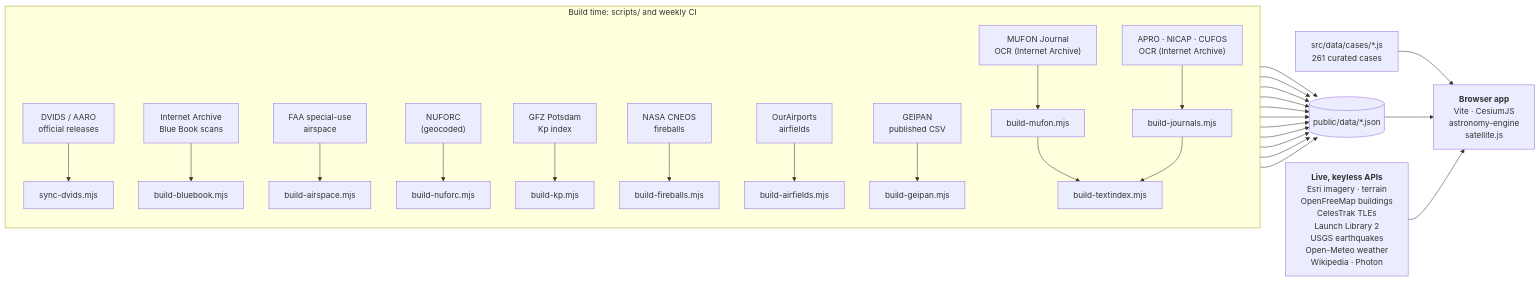
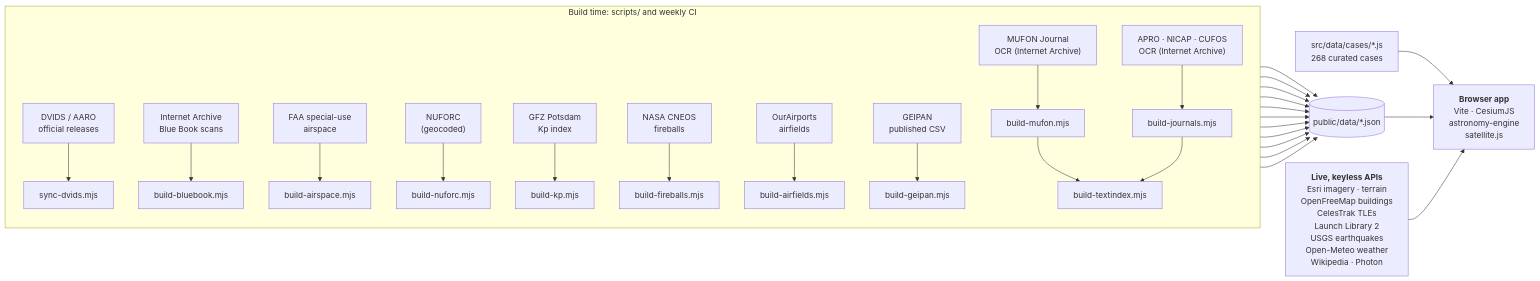
The diagram in README.md (domw99/Gods-Eye-UAPs), drawn with Mermaid before and after one commit. The commit also changed other lines of this file and 5 other files, not shown here.

````diff
--- a/README.md
+++ b/README.md
@@ -391,21 +391,21 @@
 ```mermaid
 flowchart LR
   subgraph build["Build time: scripts/ and weekly CI"]
     direction TB
     DVIDS["DVIDS / AARO<br/>official releases"] --> S1["sync-dvids.mjs"]
     IA["Internet Archive<br/>Blue Book scans"] --> S2["build-bluebook.mjs"]
     FAA["FAA special-use<br/>airspace"] --> S3["build-airspace.mjs"]
     NUF["NUFORC<br/>(geocoded)"] --> S4["build-nuforc.mjs"]
     KP["GFZ Potsdam<br/>Kp index"] --> S8["build-kp.mjs"]
     FB["NASA CNEOS<br/>fireballs"] --> S10["build-fireballs.mjs"]
     OA["OurAirports<br/>airfields"] --> S9["build-airfields.mjs"]
     MUF["MUFON Journal<br/>OCR (Internet Archive)"] --> S5["build-mufon.mjs"]
     GEI["GEIPAN<br/>published CSV"] --> S6["build-geipan.mjs"]
     ARC["APRO · NICAP · CUFOS<br/>OCR (Internet Archive)"] --> S7["build-journals.mjs"]
     S5 & S7 --> S11["build-textindex.mjs"]
   end
   S1 & S2 & S3 & S4 & S5 & S6 & S7 & S8 & S9 & S10 & S11 --> DATA[("public/data/*.json")]
-  CASES["src/data/cases/*.js<br/>261 curated cases"] --> APP
+  CASES["src/data/cases/*.js<br/>268 curated cases"] --> APP
   DATA --> APP["<b>Browser app</b><br/>Vite · CesiumJS<br/>astronomy-engine<br/>satellite.js"]
   LIVE["<b>Live, keyless APIs</b><br/>Esri imagery · terrain<br/>OpenFreeMap buildings<br/>CelesTrak TLEs<br/>Launch Library 2<br/>USGS earthquakes<br/>Open-Meteo weather<br/>Wikipedia · Photon"] --> APP
 ```
````
